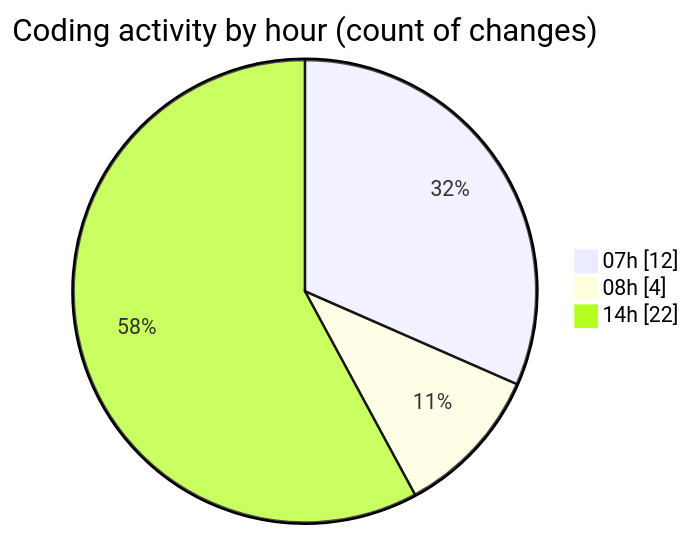
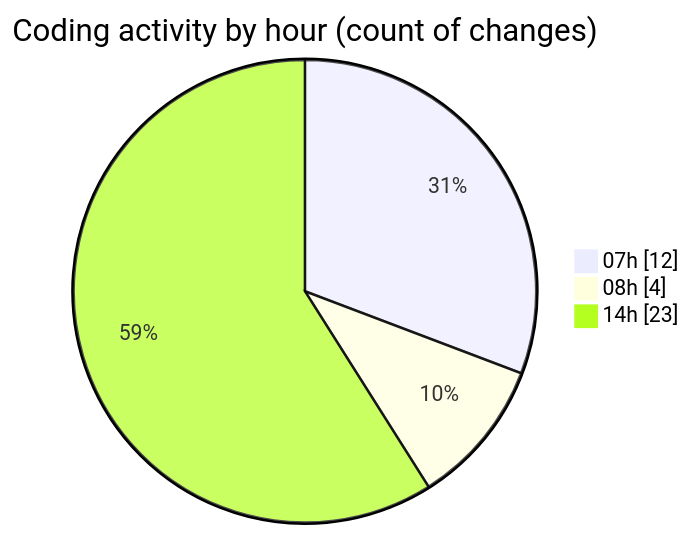
One commit to robertbonfada/code-tracking changed the second of 2 diagrams in 2025-01-09/mbc-web/README.md. Above: the diagram before and after it, drawn with Mermaid. The commit also changed other lines of this file and 1 other file, not shown here.

````diff
--- a/2025-01-09/mbc-web/README.md
+++ b/2025-01-09/mbc-web/README.md
@@ -37,7 +39,7 @@
 ```mermaid
 pie showData
 title Coding activity by hour (count of changes)
 "07h" : 12
 "08h" : 4
-"14h" : 22
+"14h" : 23
 ```
````
